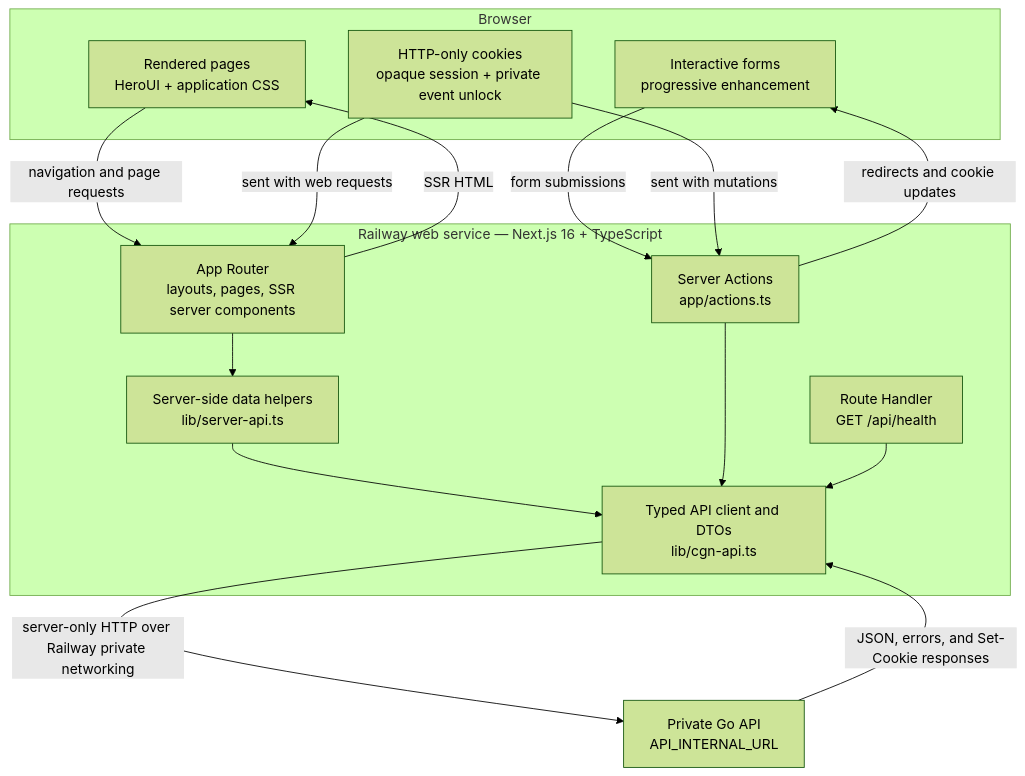
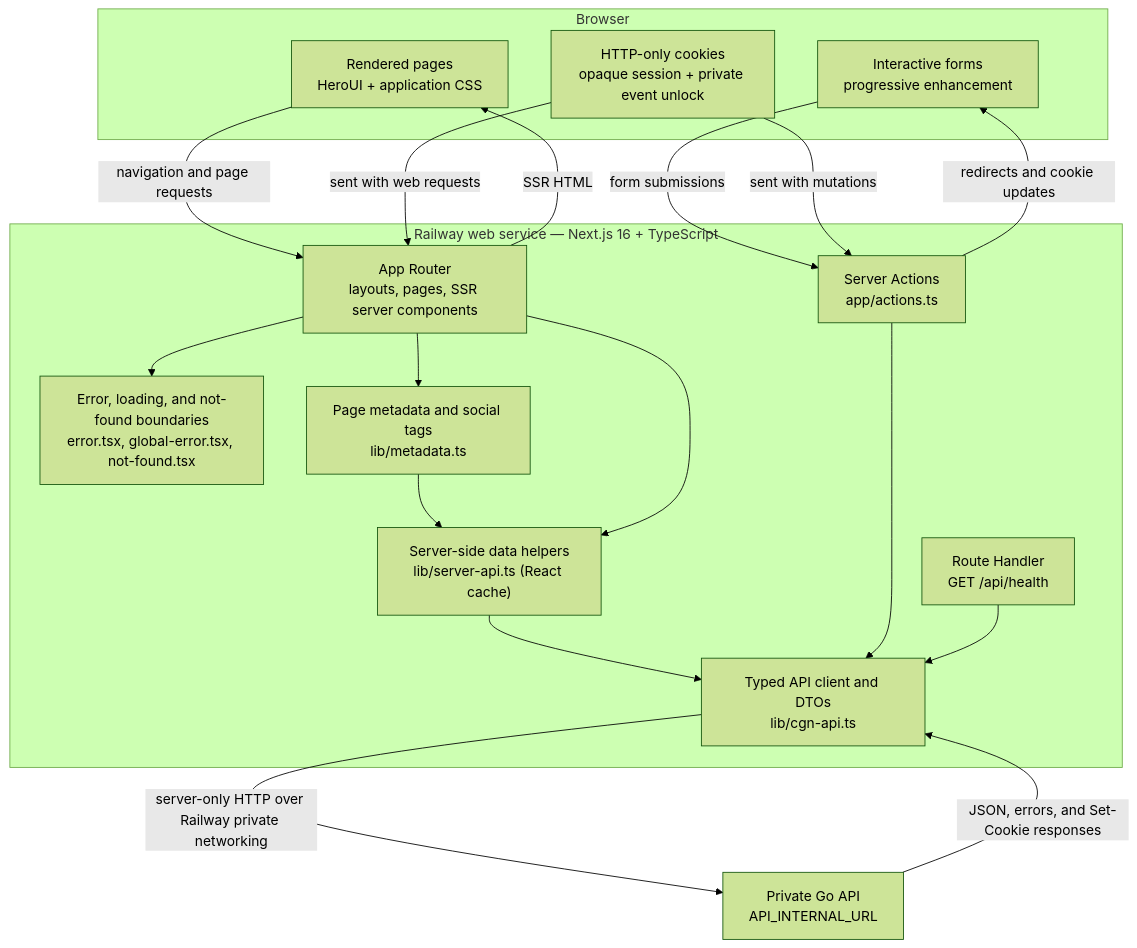
Before and after one commit to Campus-Gaming-Network/core: the first of 3 diagrams in docs/14-architecture-diagrams.md, drawn with Mermaid (forest theme). The commit also changed 8 other files, not shown here.

````diff
--- a/docs/14-architecture-diagrams.md
+++ b/docs/14-architecture-diagrams.md
@@ -7,33 +7,38 @@
 ```mermaid
 flowchart TB
     subgraph Browser["Browser"]
         Pages["Rendered pages<br/>HeroUI + application CSS"]
         Forms["Interactive forms<br/>progressive enhancement"]
         Cookies["HTTP-only cookies<br/>opaque session + private event unlock"]
     end
 
     subgraph Web["Railway web service — Next.js 16 + TypeScript"]
         AppRouter["App Router<br/>layouts, pages, SSR server components"]
+        Boundaries["Error, loading, and not-found boundaries<br/>error.tsx, global-error.tsx, not-found.tsx"]
         ServerActions["Server Actions<br/>app/actions.ts"]
         HealthRoute["Route Handler<br/>GET /api/health"]
-        ServerAPI["Server-side data helpers<br/>lib/server-api.ts"]
+        Metadata["Page metadata and social tags<br/>lib/metadata.ts"]
+        ServerAPI["Server-side data helpers<br/>lib/server-api.ts (React cache)"]
         APIClient["Typed API client and DTOs<br/>lib/cgn-api.ts"]
     end
 
     GoAPI["Private Go API<br/>API_INTERNAL_URL"]
 
     Pages -->|"navigation and page requests"| AppRouter
     Forms -->|"form submissions"| ServerActions
     Cookies -->|"sent with web requests"| AppRouter
     Cookies -->|"sent with mutations"| ServerActions
 
+    AppRouter --> Boundaries
+    AppRouter --> Metadata
+    Metadata --> ServerAPI
     AppRouter --> ServerAPI
     ServerAPI --> APIClient
     ServerActions --> APIClient
     HealthRoute --> APIClient
 
     APIClient -->|"server-only HTTP over Railway private networking"| GoAPI
     GoAPI -->|"JSON, errors, and Set-Cookie responses"| APIClient
     AppRouter -->|"SSR HTML"| Pages
     ServerActions -->|"redirects and cookie updates"| Forms
 ```
````
